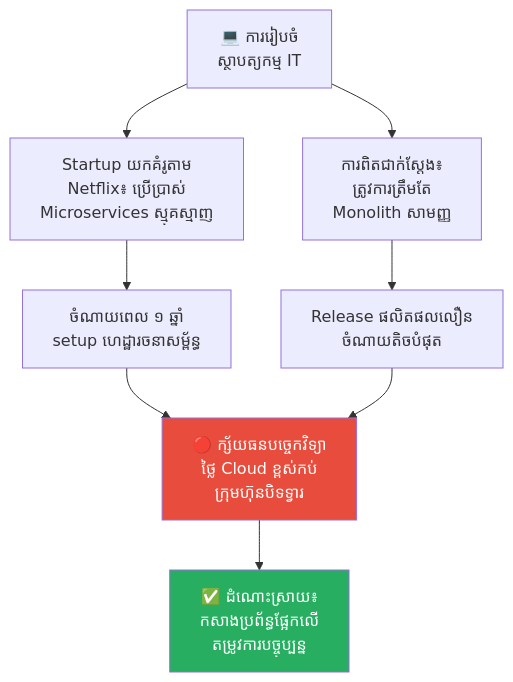
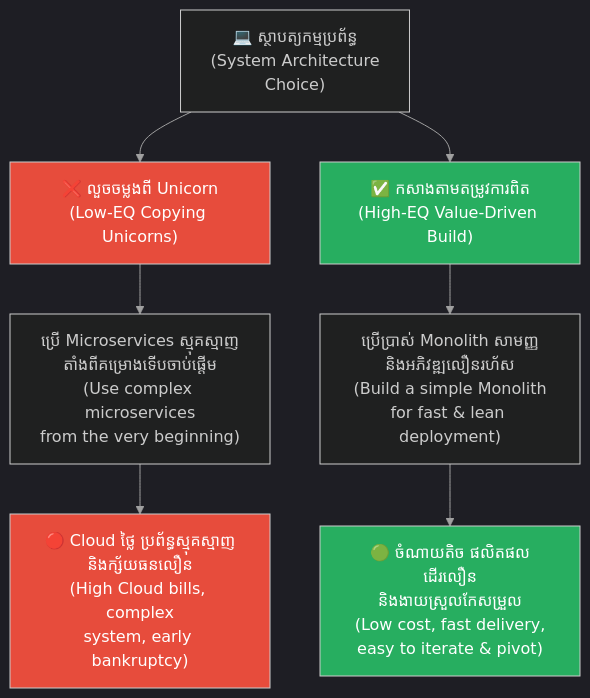
Before and after one commit to GuideStack/iblogger-feeds: the second of 5 diagrams in feeds/concepts/articles/06-survivorship-bias.md, drawn with Mermaid. The commit also changed other lines of this file, not shown here.

Commit message:
docs: upgrade 06-survivorship-bias.md to bilingual layout and styled diagrams

````diff
--- a/feeds/concepts/articles/06-survivorship-bias.md
+++ b/feeds/concepts/articles/06-survivorship-bias.md
@@ -96,13 +151,25 @@
 ```mermaid
+%%{init: {
+  'theme': 'dark',
+  'themeVariables': {
+    'background': '#1e1e1e',
+    'primaryTextColor': '#ffffff',
+    'lineColor': '#a0a0a0'
+  },
+  'themeCSS': 'svg { background-color: #1e1e1e !important; padding: 1rem !important; border-radius: 8px !important; } .edgeLabel rect { fill: #1e1e1e !important; } text, tspan { fill: #ffffff !important; }'
+}}%%
 graph TD
-    A["💻 ការរៀបចំ<br/>ស្ថាបត្យកម្ម IT"] --> B["Startup យកគំរូតាម<br/>Netflix៖ ប្រើប្រាស់<br/>Microservices ស្មុគស្មាញ"]
-    A --> C["ការពិតជាក់ស្តែង៖<br/>ត្រូវការត្រឹមតែ<br/>Monolith សាមញ្ញ"]
-    B --> D["ចំណាយពេល ១ ឆ្នាំ<br/>setup ហេដ្ឋារចនាសម្ព័ន្ធ"]
-    C --> E["Release ផលិតផលលឿន<br/>ចំណាយតិចបំផុត"]
-    D --> F["🔴 ក្ស័យធនបច្ចេកវិទ្យា<br/>ថ្លៃ Cloud ខ្ពស់កប់<br/>ក្រុមហ៊ុនបិទទ្វារ"]
-    E --> F
-    F --> G["✅ ដំណោះស្រាយ៖<br/>កសាងប្រព័ន្ធផ្អែកលើ<br/>តម្រូវការបច្ចុប្បន្ន"]
+    A["💻 ស្ថាបត្យកម្មប្រព័ន្ធ<br/>(System Architecture<br/>Choice)"] --> B1["❌ លួចចម្លងពី Unicorn<br/>(Low-EQ Copying Unicorns)"]
+    A --> B2["✅ កសាងតាមតម្រូវការពិត<br/>(High-EQ Value-Driven Build)"]
 
-    style F fill:#e74c3c,color:#fff
-    style G fill:#27ae60,color:#fff
+    B1 --> C1["ប្រើ Microservices ស្មុគស្មាញ<br/>តាំងពីគម្រោងទើបចាប់ផ្តើម<br/>(Use complex microservices<br/>from the very beginning)"]
+    C1 --> D1["🔴 Cloud ថ្លៃ ប្រព័ន្ធស្មុគស្មាញ<br/>និងក្ស័យធនលឿន<br/>(High Cloud bills, complex<br/>system, early bankruptcy)"]
+
+    B2 --> C2["ប្រើប្រាស់ Monolith សាមញ្ញ<br/>និងអភិវឌ្ឍលឿនរហ័ស<br/>(Build a simple Monolith<br/>for fast & lean deployment)"]
+    C2 --> D2["🟢 ចំណាយតិច ផលិតផលដើរលឿន<br/>និងងាយស្រួលកែសម្រួល<br/>(Low cost, fast delivery,<br/>easy to iterate & pivot)"]
+
+    style B1 fill:#e74c3c,color:#fff
+    style B2 fill:#27ae60,color:#fff
+    style D1 fill:#e74c3c,color:#fff
+    style D2 fill:#27ae60,color:#fff
 ```
````
